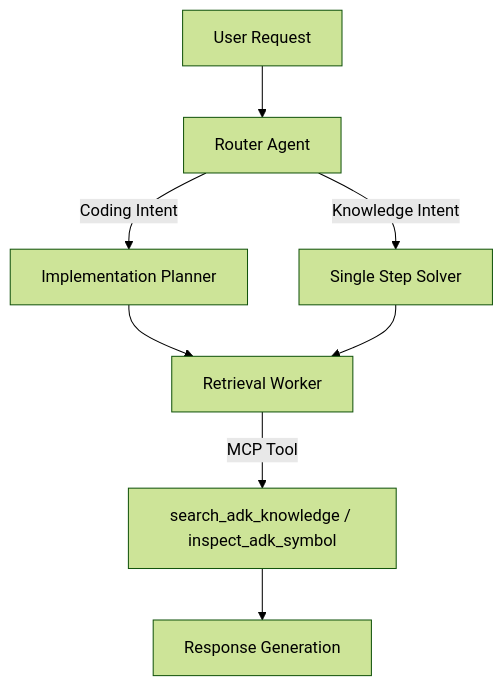
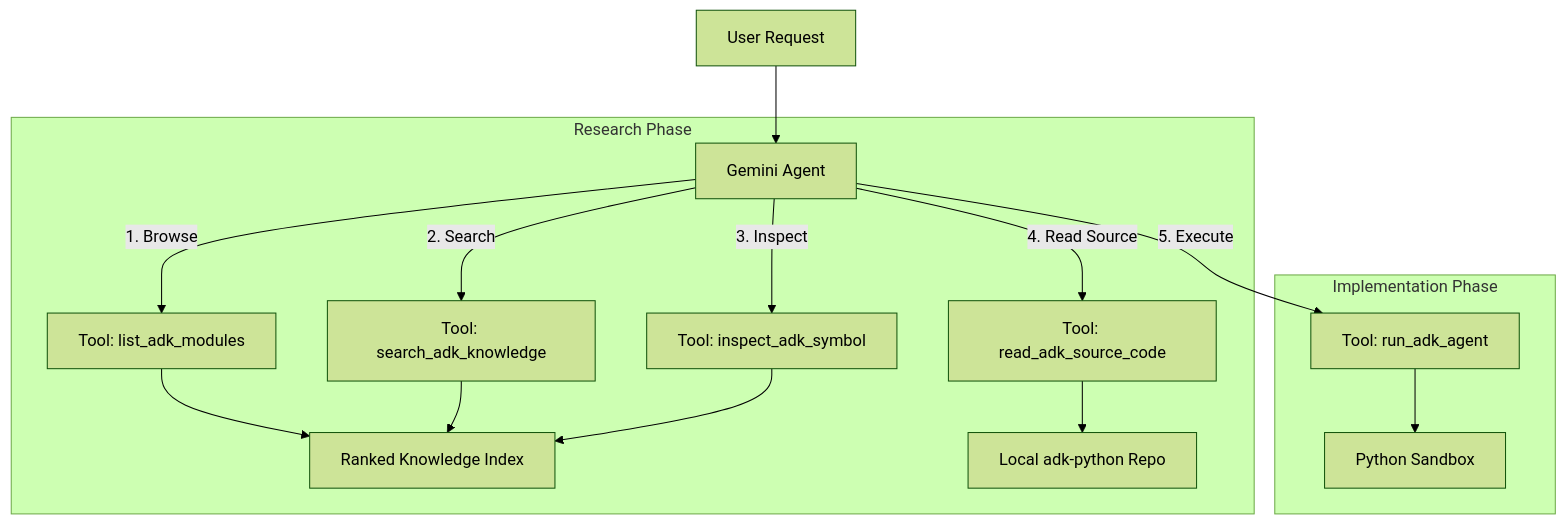
The first of 4 diagrams in benchmarks/answer_generators/ARCHITECTURES.md (ivanmkc/agent-generator), drawn with Mermaid (forest theme) before and after one commit. The commit also changed other lines of this file and 1 other file, not shown here.

Commit message:
docs: correct ranked_knowledge architecture description (Router-Gateway -> Single Agent)

````diff
--- a/benchmarks/answer_generators/ARCHITECTURES.md
+++ b/benchmarks/answer_generators/ARCHITECTURES.md
@@ -29,10 +33,21 @@
 ```mermaid
 graph TD
-    User[User Request] --> Router[Router Agent]
-    Router -->|Coding Intent| Planner[Implementation Planner]
-    Router -->|Knowledge Intent| Solver[Single Step Solver]
-    Planner --> Worker[Retrieval Worker]
-    Solver --> Worker
-    Worker -->|MCP Tool| MCP[search_adk_knowledge / inspect_adk_symbol]
-    MCP --> Response[Response Generation]
+    User[User Request] --> Agent[Gemini Agent]
+    
+    subgraph Research Phase
+    Agent -->|1. Browse| List[Tool: list_adk_modules]
+    Agent -->|2. Search| Search[Tool: search_adk_knowledge]
+    Agent -->|3. Inspect| Inspect[Tool: inspect_adk_symbol]
+    Agent -->|4. Read Source| Read[Tool: read_adk_source_code]
+    
+    List --> Index[Ranked Knowledge Index]
+    Search --> Index
+    Inspect --> Index
+    Read --> Disk[Local adk-python Repo]
+    end
+    
+    subgraph Implementation Phase
+    Agent -->|5. Execute| Run[Tool: run_adk_agent]
+    Run --> Sandbox[Python Sandbox]
+    end
 ```
````
